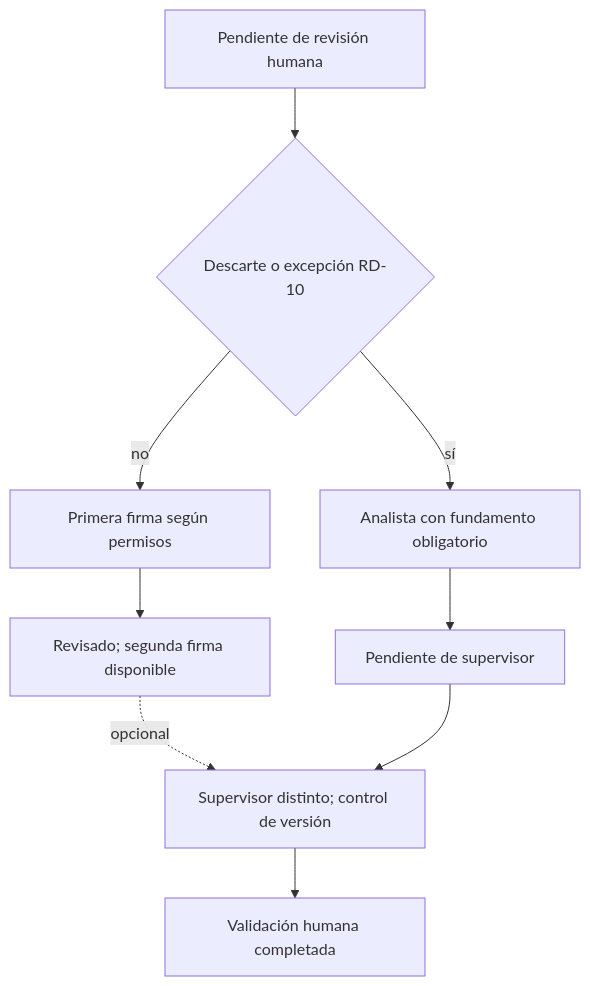
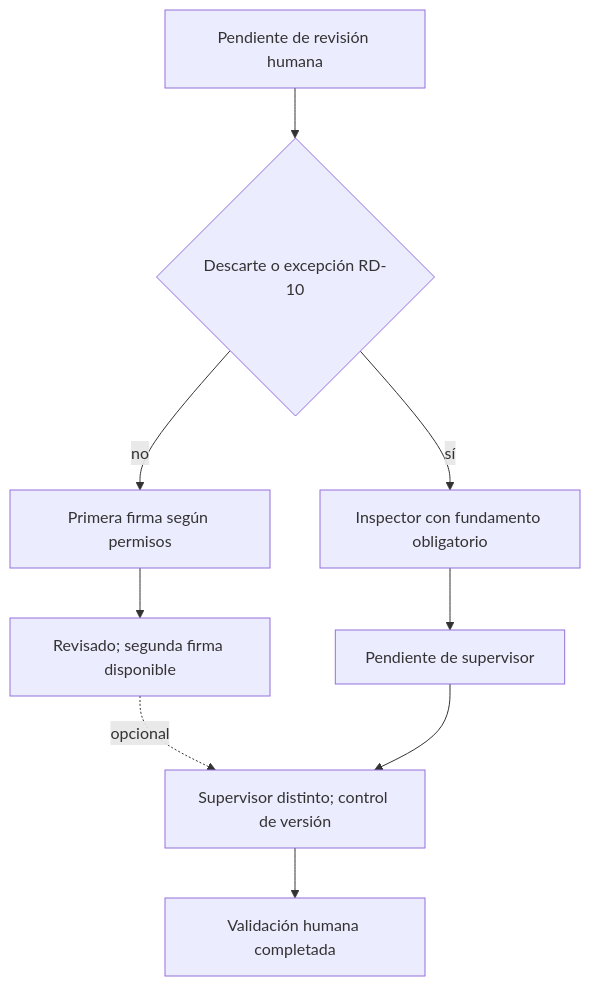
Before and after one commit to Sebamardones/agente-karin-triage: the diagram in docs/diagramas/karin-8.mmd, drawn with Mermaid. The commit also changed 46 other files, not shown here.

```diff
--- a/docs/diagramas/karin-8.mmd
+++ b/docs/diagramas/karin-8.mmd
@@ -1,9 +1,9 @@
 flowchart TD
   A[Pendiente de revisión humana] --> B{Descarte o excepción RD-10}
   B -->|no| C[Primera firma según permisos]
-  B -->|sí| D[Analista con fundamento obligatorio]
+  B -->|sí| D[Inspector con fundamento obligatorio]
   C --> E[Revisado; segunda firma disponible]
   D --> F[Pendiente de supervisor]
   E -. opcional .-> G[Supervisor distinto; control de versión]
   F --> G
   G --> H[Validación humana completada]
```
